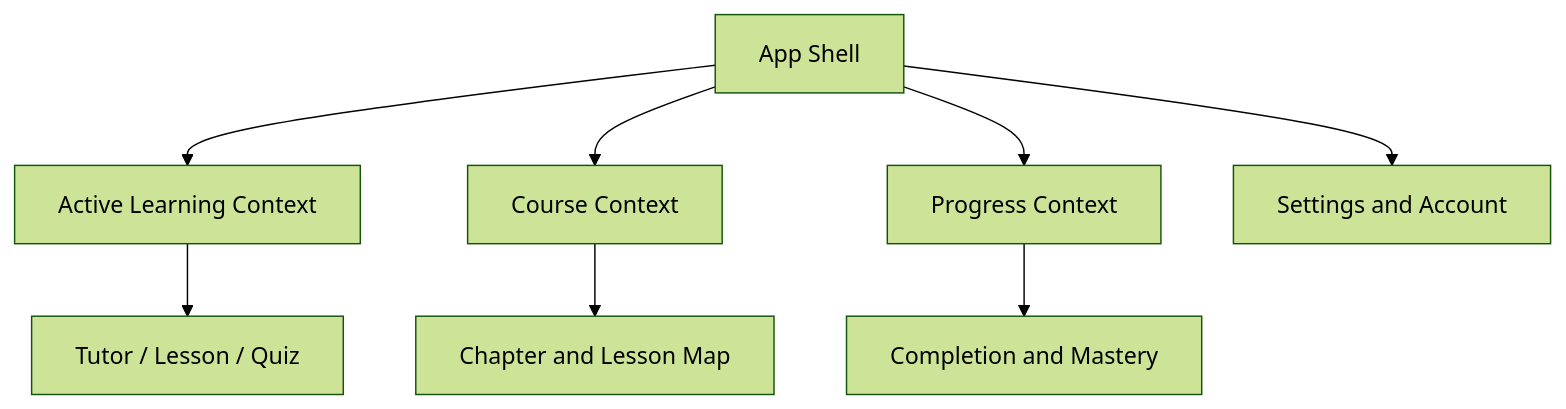
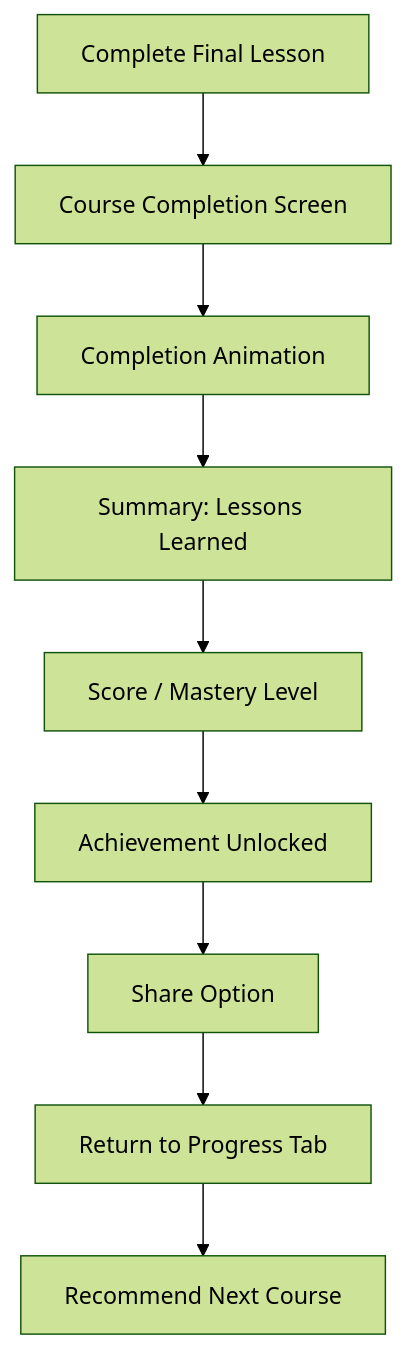
Before and after one commit to Rezaprtma/MentorinAja: the seventh of 11 diagrams in docs/design/Design.md, drawn with Mermaid (forest theme). The commit also changed other lines of this file and 166 other files, not shown here.

Commit message:
feat(frontend): implement splash, onboarding, and authentication flow

````diff
--- a/docs/design/Design.md
+++ b/docs/design/Design.md
@@ -761,10 +357,11 @@
 ```mermaid
-flowchart TB
-    A[App Shell] --> B[Active Learning Context]
-    A --> C[Course Context]
-    A --> D[Progress Context]
-    A --> E[Settings and Account]
-    B --> F[Tutor / Lesson / Quiz]
-    C --> G[Chapter and Lesson Map]
-    D --> H[Completion and Mastery]
+flowchart TD
+    A[Complete Final Lesson] --> B[Course Completion Screen]
+    B --> C[Completion Animation]
+    C --> D[Summary: Lessons Learned]
+    D --> E[Score / Mastery Level]
+    E --> F[Achievement Unlocked]
+    F --> G[Share Option]
+    G --> H[Return to Progress Tab]
+    H --> I[Recommend Next Course]
 ```
````
